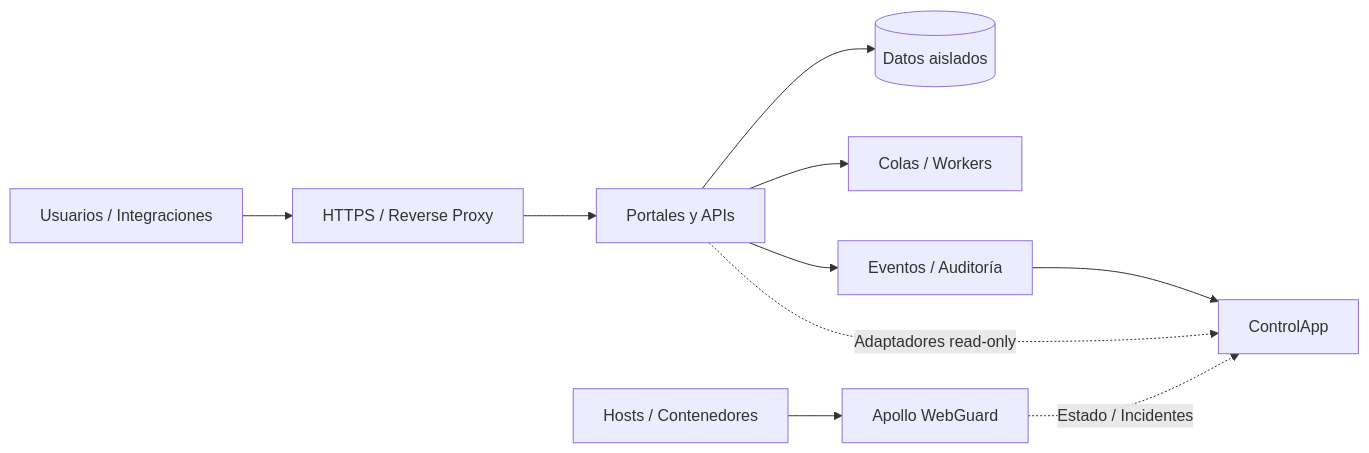
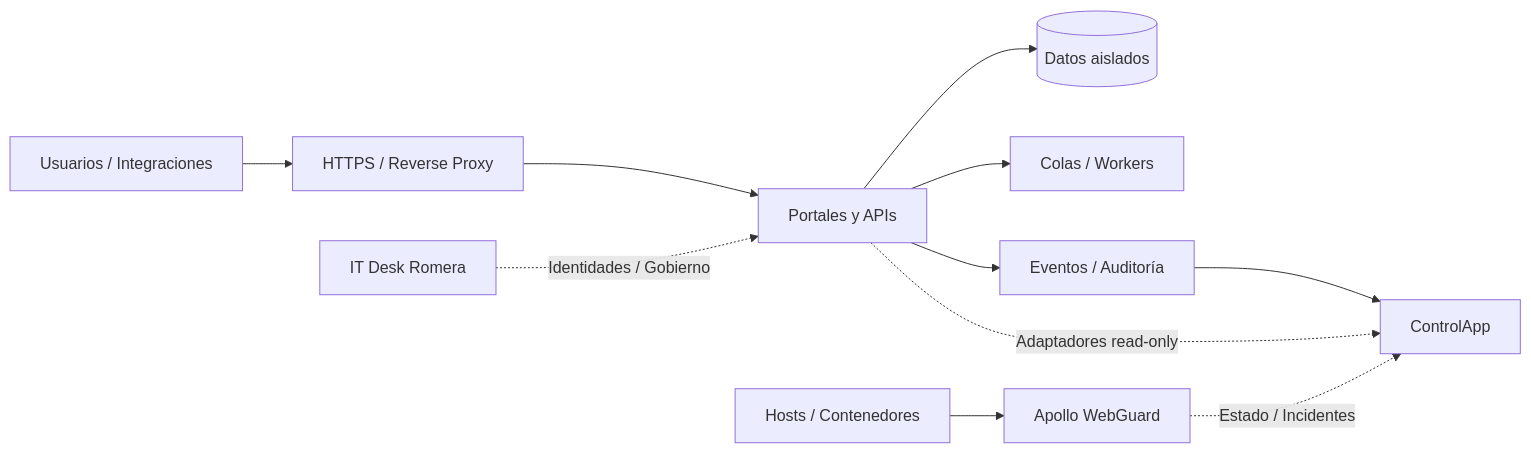
The diagram in README.md (poto212/poto212), drawn with Mermaid before and after one commit. The commit also changed other lines of this file, not shown here.

```diff
--- a/README.md
+++ b/README.md
@@ -142,12 +149,13 @@
 ~~~mermaid
 flowchart LR
     U[Usuarios / Integraciones] --> P[HTTPS / Reverse Proxy]
     P --> A[Portales y APIs]
     A --> D[(Datos aislados)]
     A --> Q[Colas / Workers]
     A --> E[Eventos / Auditoría]
     S[Hosts / Contenedores] --> O[Apollo WebGuard]
     A -. Adaptadores read-only .-> C[ControlApp]
     O -. Estado / Incidentes .-> C
     E --> C
+    I[IT Desk Romera] -. Identidades / Gobierno .-> A
 ~~~
```
